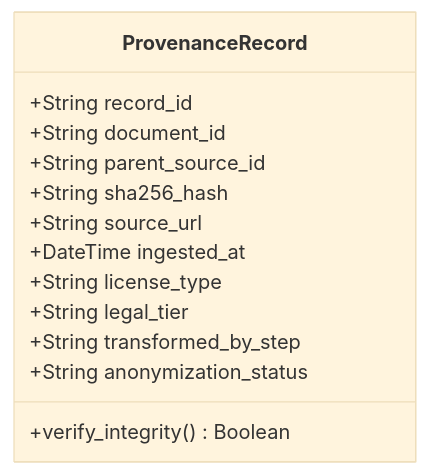
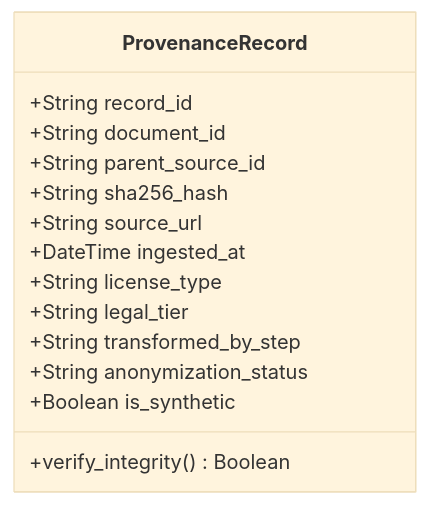
One commit to Yatharthnagpal/review changed the second of 2 diagrams in 03_LICENSE_AND_PROVENANCE_POLICY.md. Above: the diagram before and after it, drawn with Mermaid (base theme). The commit also changed other lines of this file and 18 other files, not shown here.

````diff
--- a/03_LICENSE_AND_PROVENANCE_POLICY.md
+++ b/03_LICENSE_AND_PROVENANCE_POLICY.md
@@ -103,16 +133,17 @@
 ```mermaid
 classDiagram
     class ProvenanceRecord {
         +String record_id
         +String document_id
         +String parent_source_id
         +String sha256_hash
         +String source_url
         +DateTime ingested_at
         +String license_type
         +String legal_tier
         +String transformed_by_step
         +String anonymization_status
+        +Boolean is_synthetic
         +verify_integrity() Boolean
     }
 ```
````
